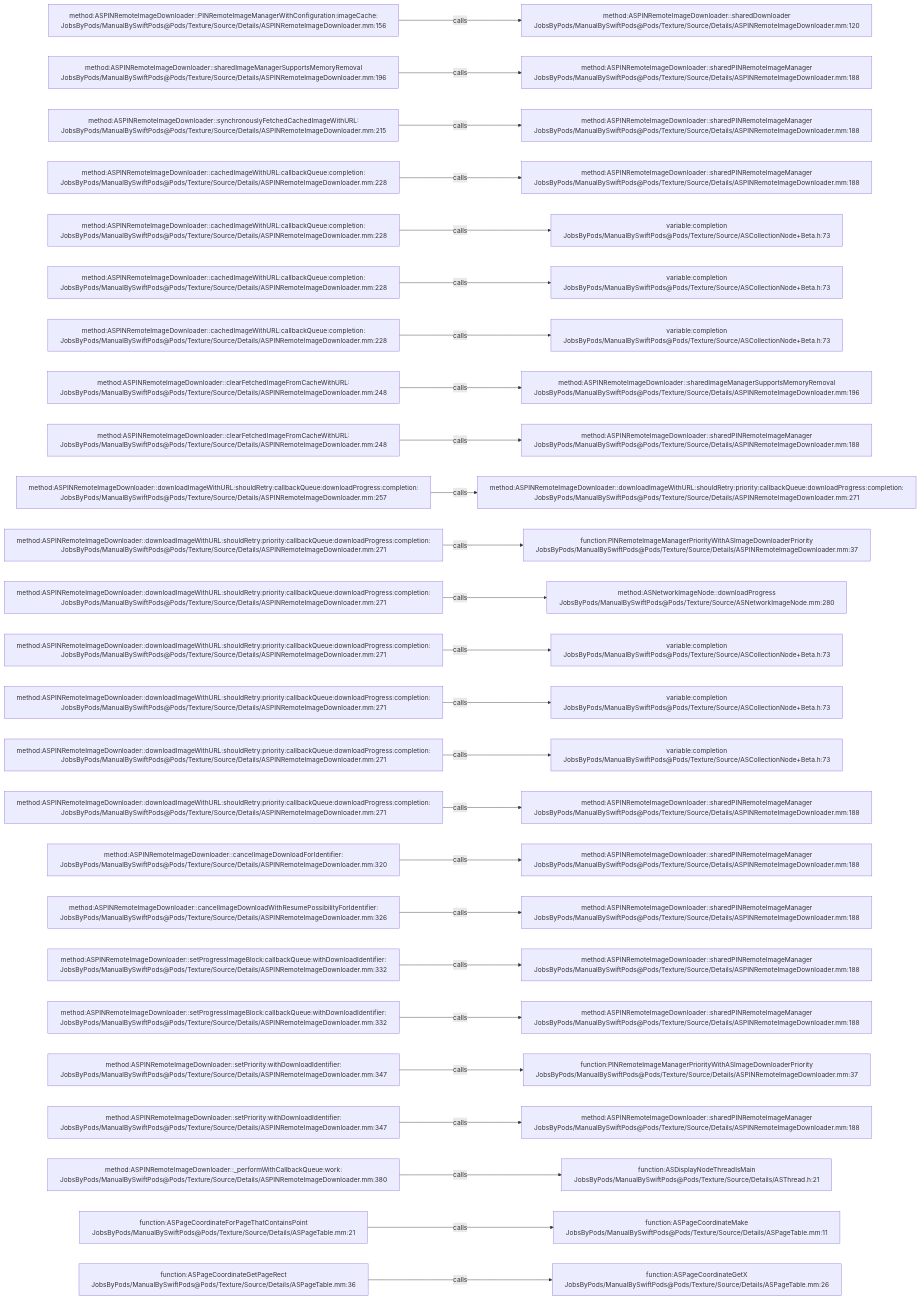
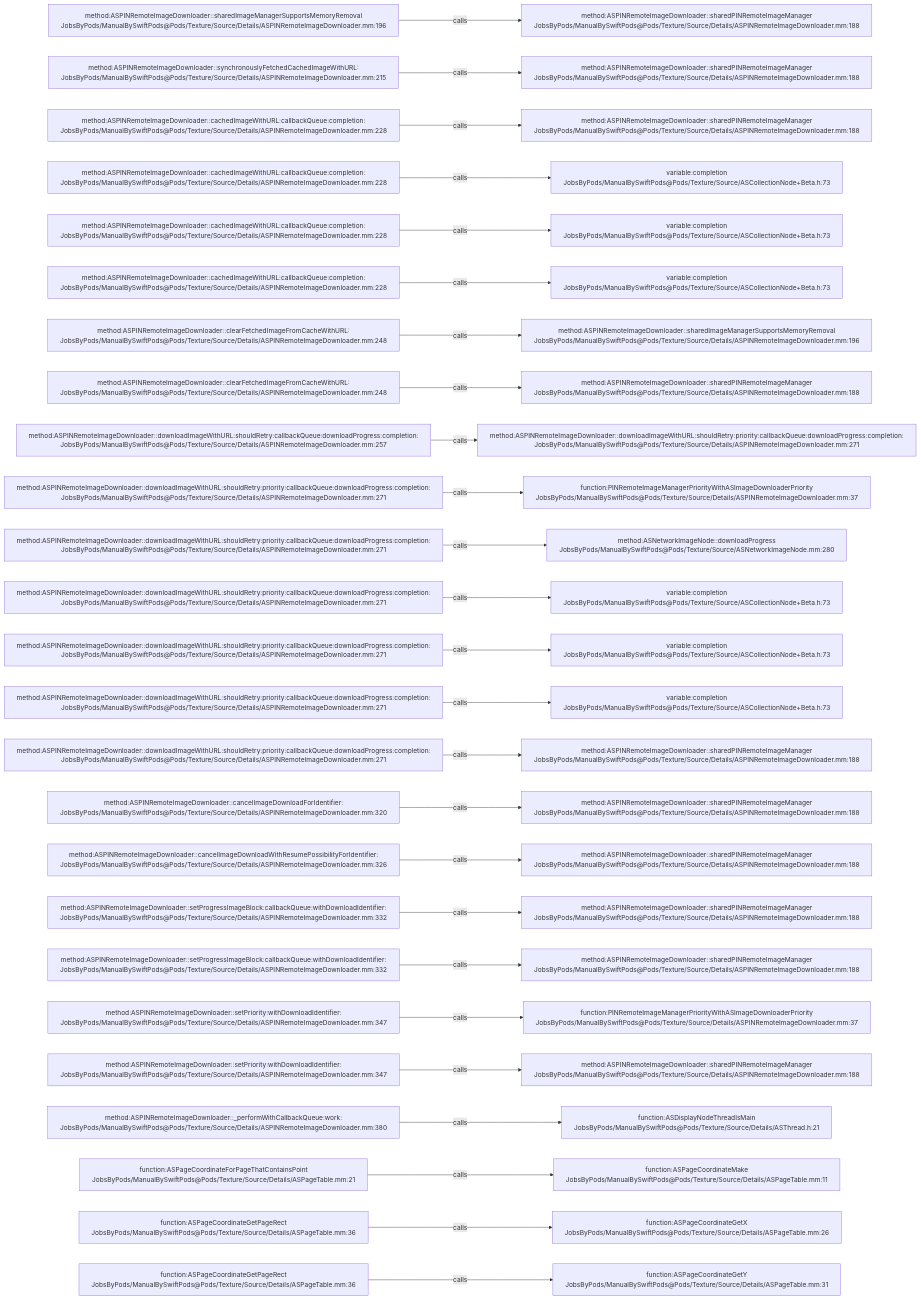
One commit to JobsKits/JobsSwiftBaseConfigDemo changed the diagram in .codegraph/codegraph.md/graphs/calls-092.md. Above: the diagram before and after it, drawn with Mermaid. The commit also changed 747 other files, not shown here.

````diff
--- a/.codegraph/codegraph.md/graphs/calls-092.md
+++ b/.codegraph/codegraph.md/graphs/calls-092.md
@@ -13,78 +13,78 @@
 ```mermaid
 flowchart LR
-  S1["method:ASPINRemoteImageDownloader::PINRemoteImageManagerWithConfiguration:imageCache:<br/>JobsByPods/ManualBySwiftPods@Pods/Texture/Source/Details/ASPINRemoteImageDownloader.mm:156"]
-  T1["method:ASPINRemoteImageDownloader::sharedDownloader<br/>JobsByPods/ManualBySwiftPods@Pods/Texture/Source/Details/ASPINRemoteImageDownloader.mm:120"]
+  S1["method:ASPINRemoteImageDownloader::sharedImageManagerSupportsMemoryRemoval<br/>JobsByPods/ManualBySwiftPods@Pods/Texture/Source/Details/ASPINRemoteImageDownloader.mm:196"]
+  T1["method:ASPINRemoteImageDownloader::sharedPINRemoteImageManager<br/>JobsByPods/ManualBySwiftPods@Pods/Texture/Source/Details/ASPINRemoteImageDownloader.mm:188"]
   S1 -->|calls| T1
-  S2["method:ASPINRemoteImageDownloader::sharedImageManagerSupportsMemoryRemoval<br/>JobsByPods/ManualBySwiftPods@Pods/Texture/Source/Details/ASPINRemoteImageDownloader.mm:196"]
+  S2["method:ASPINRemoteImageDownloader::synchronouslyFetchedCachedImageWithURL:<br/>JobsByPods/ManualBySwiftPods@Pods/Texture/Source/Details/ASPINRemoteImageDownloader.mm:215"]
   T2["method:ASPINRemoteImageDownloader::sharedPINRemoteImageManager<br/>JobsByPods/ManualBySwiftPods@Pods/Texture/Source/Details/ASPINRemoteImageDownloader.mm:188"]
   S2 -->|calls| T2
-  S3["method:ASPINRemoteImageDownloader::synchronouslyFetchedCachedImageWithURL:<br/>JobsByPods/ManualBySwiftPods@Pods/Texture/Source/Details/ASPINRemoteImageDownloader.mm:215"]
+  S3["method:ASPINRemoteImageDownloader::cachedImageWithURL:callbackQueue:completion:<br/>JobsByPods/ManualBySwiftPods@Pods/Texture/Source/Details/ASPINRemoteImageDownloader.mm:228"]
   T3["method:ASPINRemoteImageDownloader::sharedPINRemoteImageManager<br/>JobsByPods/ManualBySwiftPods@Pods/Texture/Source/Details/ASPINRemoteImageDownloader.mm:188"]
   S3 -->|calls| T3
   S4["method:ASPINRemoteImageDownloader::cachedImageWithURL:callbackQueue:completion:<br/>JobsByPods/ManualBySwiftPods@Pods/Texture/Source/Details/ASPINRemoteImageDownloader.mm:228"]
-  T4["method:ASPINRemoteImageDownloader::sharedPINRemoteImageManager<br/>JobsByPods/ManualBySwiftPods@Pods/Texture/Source/Details/ASPINRemoteImageDownloader.mm:188"]
+  T4["variable:completion<br/>JobsByPods/ManualBySwiftPods@Pods/Texture/Source/ASCollectionNode+Beta.h:73"]
   S4 -->|calls| T4
   S5["method:ASPINRemoteImageDownloader::cachedImageWithURL:callbackQueue:completion:<br/>JobsByPods/ManualBySwiftPods@Pods/Texture/Source/Details/ASPINRemoteImageDownloader.mm:228"]
   T5["variable:completion<br/>JobsByPods/ManualBySwiftPods@Pods/Texture/Source/ASCollectionNode+Beta.h:73"]
   S5 -->|calls| T5
   S6["method:ASPINRemoteImageDownloader::cachedImageWithURL:callbackQueue:completion:<br/>JobsByPods/ManualBySwiftPods@Pods/Texture/Source/Details/ASPINRemoteImageDownloader.mm:228"]
   T6["variable:completion<br/>JobsByPods/ManualBySwiftPods@Pods/Texture/Source/ASCollectionNode+Beta.h:73"]
   S6 -->|calls| T6
-  S7["method:ASPINRemoteImageDownloader::cachedImageWithURL:callbackQueue:completion:<br/>JobsByPods/ManualBySwiftPods@Pods/Texture/Source/Details/ASPINRemoteImageDownloader.mm:228"]
-  T7["variable:completion<br/>JobsByPods/ManualBySwiftPods@Pods/Texture/Source/ASCollectionNode+Beta.h:73"]
+  S7["method:ASPINRemoteImageDownloader::clearFetchedImageFromCacheWithURL:<br/>JobsByPods/ManualBySwiftPods@Pods/Texture/Source/Details/ASPINRemoteImageDownloader.mm:248"]
+  T7["method:ASPINRemoteImageDownloader::sharedImageManagerSupportsMemoryRemoval<br/>JobsByPods/ManualBySwiftPods@Pods/Texture/Source/Details/ASPINRemoteImageDownloader.mm:196"]
   S7 -->|calls| T7
   S8["method:ASPINRemoteImageDownloader::clearFetchedImageFromCacheWithURL:<br/>JobsByPods/ManualBySwiftPods@Pods/Texture/Source/Details/ASPINRemoteImageDownloader.mm:248"]
-  T8["method:ASPINRemoteImageDownloader::sharedImageManagerSupportsMemoryRemoval<br/>JobsByPods/ManualBySwiftPods@Pods/Texture/Source/Details/ASPINRemoteImageDownloader.mm:196"]
+  T8["method:ASPINRemoteImageDownloader::sharedPINRemoteImageManager<br/>JobsByPods/ManualBySwiftPods@Pods/Texture/Source/Details/ASPINRemoteImageDownloader.mm:188"]
   S8 -->|calls| T8
-  S9["method:ASPINRemoteImageDownloader::clearFetchedImageFromCacheWithURL:<br/>JobsByPods/ManualBySwiftPods@Pods/Texture/Source/Details/ASPINRemoteImageDownloader.mm:248"]
-  T9["method:ASPINRemoteImageDownloader::sharedPINRemoteImageManager<br/>JobsByPods/ManualBySwiftPods@Pods/Texture/Source/Details/ASPINRemoteImageDownloader.mm:188"]
+  S9["method:ASPINRemoteImageDownloader::downloadImageWithURL:shouldRetry:callbackQueue:downloadProgress:completion:<br/>JobsByPods/ManualBySwiftPods@Pods/Texture/Source/Details/ASPINRemoteImageDownloader.mm:257"]
+  T9["method:ASPINRemoteImageDownloader::downloadImageWithURL:shouldRetry:priority:callbackQueue:downloadProgress:completion:<br/>JobsByPods/ManualBySwiftPods@Pods/Texture/Source/Details/ASPINRemoteImageDownloader.mm:271"]
   S9 -->|calls| T9
-  S10["method:ASPINRemoteImageDownloader::downloadImageWithURL:shouldRetry:callbackQueue:downloadProgress:completion:<br/>JobsByPods/ManualBySwiftPods@Pods/Texture/Source/Details/ASPINRemoteImageDownloader.mm:257"]
-  T10["method:ASPINRemoteImageDownloader::downloadImageWithURL:shouldRetry:priority:callbackQueue:downloadProgress:completion:<br/>JobsByPods/ManualBySwiftPods@Pods/Texture/Source/Details/ASPINRemoteImageDownloader.mm:271"]
+  S10["method:ASPINRemoteImageDownloader::downloadImageWithURL:shouldRetry:priority:callbackQueue:downloadProgress:completion:<br/>JobsByPods/ManualBySwiftPods@Pods/Texture/Source/Details/ASPINRemoteImageDownloader.mm:271"]
+  T10["function:PINRemoteImageManagerPriorityWithASImageDownloaderPriority<br/>JobsByPods/ManualBySwiftPods@Pods/Texture/Source/Details/ASPINRemoteImageDownloader.mm:37"]
   S10 -->|calls| T10
   S11["method:ASPINRemoteImageDownloader::downloadImageWithURL:shouldRetry:priority:callbackQueue:downloadProgress:completion:<br/>JobsByPods/ManualBySwiftPods@Pods/Texture/Source/Details/ASPINRemoteImageDownloader.mm:271"]
-  T11["function:PINRemoteImageManagerPriorityWithASImageDownloaderPriority<br/>JobsByPods/ManualBySwiftPods@Pods/Texture/Source/Details/ASPINRemoteImageDownloader.mm:37"]
+  T11["method:ASNetworkImageNode::downloadProgress<br/>JobsByPods/ManualBySwiftPods@Pods/Texture/Source/ASNetworkImageNode.mm:280"]
   S11 -->|calls| T11
   S12["method:ASPINRemoteImageDownloader::downloadImageWithURL:shouldRetry:priority:callbackQueue:downloadProgress:completion:<br/>JobsByPods/ManualBySwiftPods@Pods/Texture/Source/Details/ASPINRemoteImageDownloader.mm:271"]
-  T12["method:ASNetworkImageNode::downloadProgress<br/>JobsByPods/ManualBySwiftPods@Pods/Texture/Source/ASNetworkImageNode.mm:280"]
+  T12["variable:completion<br/>JobsByPods/ManualBySwiftPods@Pods/Texture/Source/ASCollectionNode+Beta.h:73"]
   S12 -->|calls| T12
   S13["method:ASPINRemoteImageDownloader::downloadImageWithURL:shouldRetry:priority:callbackQueue:downloadProgress:completion:<br/>JobsByPods/ManualBySwiftPods@Pods/Texture/Source/Details/ASPINRemoteImageDownloader.mm:271"]
   T13["variable:completion<br/>JobsByPods/ManualBySwiftPods@Pods/Texture/Source/ASCollectionNode+Beta.h:73"]
   S13 -->|calls| T13
   S14["method:ASPINRemoteImageDownloader::downloadImageWithURL:shouldRetry:priority:callbackQueue:downloadProgress:completion:<br/>JobsByPods/ManualBySwiftPods@Pods/Texture/Source/Details/ASPINRemoteImageDownloader.mm:271"]
   T14["variable:completion<br/>JobsByPods/ManualBySwiftPods@Pods/Texture/Source/ASCollectionNode+Beta.h:73"]
   S14 -->|calls| T14
   S15["method:ASPINRemoteImageDownloader::downloadImageWithURL:shouldRetry:priority:callbackQueue:downloadProgress:completion:<br/>JobsByPods/ManualBySwiftPods@Pods/Texture/Source/Details/ASPINRemoteImageDownloader.mm:271"]
-  T15["variable:completion<br/>JobsByPods/ManualBySwiftPods@Pods/Texture/Source/ASCollectionNode+Beta.h:73"]
+  T15["method:ASPINRemoteImageDownloader::sharedPINRemoteImageManager<br/>JobsByPods/ManualBySwiftPods@Pods/Texture/Source/Details/ASPINRemoteImageDownloader.mm:188"]
   S15 -->|calls| T15
-  S16["method:ASPINRemoteImageDownloader::downloadImageWithURL:shouldRetry:priority:callbackQueue:downloadProgress:completion:<br/>JobsByPods/ManualBySwiftPods@Pods/Texture/Source/Details/ASPINRemoteImageDownloader.mm:271"]
+  S16["method:ASPINRemoteImageDownloader::cancelImageDownloadForIdentifier:<br/>JobsByPods/ManualBySwiftPods@Pods/Texture/Source/Details/ASPINRemoteImageDownloader.mm:320"]
   T16["method:ASPINRemoteImageDownloader::sharedPINRemoteImageManager<br/>JobsByPods/ManualBySwiftPods@Pods/Texture/Source/Details/ASPINRemoteImageDownloader.mm:188"]
   S16 -->|calls| T16
-  S17["method:ASPINRemoteImageDownloader::cancelImageDownloadForIdentifier:<br/>JobsByPods/ManualBySwiftPods@Pods/Texture/Source/Details/ASPINRemoteImageDownloader.mm:320"]
+  S17["method:ASPINRemoteImageDownloader::cancelImageDownloadWithResumePossibilityForIdentifier:<br/>JobsByPods/ManualBySwiftPods@Pods/Texture/Source/Details/ASPINRemoteImageDownloader.mm:326"]
   T17["method:ASPINRemoteImageDownloader::sharedPINRemoteImageManager<br/>JobsByPods/ManualBySwiftPods@Pods/Texture/Source/Details/ASPINRemoteImageDownloader.mm:188"]
   S17 -->|calls| T17
-  S18["method:ASPINRemoteImageDownloader::cancelImageDownloadWithResumePossibilityForIdentifier:<br/>JobsByPods/ManualBySwiftPods@Pods/Texture/Source/Details/ASPINRemoteImageDownloader.mm:326"]
+  S18["method:ASPINRemoteImageDownloader::setProgressImageBlock:callbackQueue:withDownloadIdentifier:<br/>JobsByPods/ManualBySwiftPods@Pods/Texture/Source/Details/ASPINRemoteImageDownloader.mm:332"]
   T18["method:ASPINRemoteImageDownloader::sharedPINRemoteImageManager<br/>JobsByPods/ManualBySwiftPods@Pods/Texture/Source/Details/ASPINRemoteImageDownloader.mm:188"]
   S18 -->|calls| T18
   S19["method:ASPINRemoteImageDownloader::setProgressImageBlock:callbackQueue:withDownloadIdentifier:<br/>JobsByPods/ManualBySwiftPods@Pods/Texture/Source/Details/ASPINRemoteImageDownloader.mm:332"]
   T19["method:ASPINRemoteImageDownloader::sharedPINRemoteImageManager<br/>JobsByPods/ManualBySwiftPods@Pods/Texture/Source/Details/ASPINRemoteImageDownloader.mm:188"]
   S19 -->|calls| T19
-  S20["method:ASPINRemoteImageDownloader::setProgressImageBlock:callbackQueue:withDownloadIdentifier:<br/>JobsByPods/ManualBySwiftPods@Pods/Texture/Source/Details/ASPINRemoteImageDownloader.mm:332"]
-  T20["method:ASPINRemoteImageDownloader::sharedPINRemoteImageManager<br/>JobsByPods/ManualBySwiftPods@Pods/Texture/Source/Details/ASPINRemoteImageDownloader.mm:188"]
+  S20["method:ASPINRemoteImageDownloader::setPriority:withDownloadIdentifier:<br/>JobsByPods/ManualBySwiftPods@Pods/Texture/Source/Details/ASPINRemoteImageDownloader.mm:347"]
+  T20["function:PINRemoteImageManagerPriorityWithASImageDownloaderPriority<br/>JobsByPods/ManualBySwiftPods@Pods/Texture/Source/Details/ASPINRemoteImageDownloader.mm:37"]
   S20 -->|calls| T20
   S21["method:ASPINRemoteImageDownloader::setPriority:withDownloadIdentifier:<br/>JobsByPods/ManualBySwiftPods@Pods/Texture/Source/Details/ASPINRemoteImageDownloader.mm:347"]
-  T21["function:PINRemoteImageManagerPriorityWithASImageDownloaderPriority<br/>JobsByPods/ManualBySwiftPods@Pods/Texture/Source/Details/ASPINRemoteImageDownloader.mm:37"]
+  T21["method:ASPINRemoteImageDownloader::sharedPINRemoteImageManager<br/>JobsByPods/ManualBySwiftPods@Pods/Texture/Source/Details/ASPINRemoteImageDownloader.mm:188"]
   S21 -->|calls| T21
-  S22["method:ASPINRemoteImageDownloader::setPriority:withDownloadIdentifier:<br/>JobsByPods/ManualBySwiftPods@Pods/Texture/Source/Details/ASPINRemoteImageDownloader.mm:347"]
-  T22["method:ASPINRemoteImageDownloader::sharedPINRemoteImageManager<br/>JobsByPods/ManualBySwiftPods@Pods/Texture/Source/Details/ASPINRemoteImageDownloader.mm:188"]
+  S22["method:ASPINRemoteImageDownloader::_performWithCallbackQueue:work:<br/>JobsByPods/ManualBySwiftPods@Pods/Texture/Source/Details/ASPINRemoteImageDownloader.mm:380"]
+  T22["function:ASDisplayNodeThreadIsMain<br/>JobsByPods/ManualBySwiftPods@Pods/Texture/Source/Details/ASThread.h:21"]
   S22 -->|calls| T22
-  S23["method:ASPINRemoteImageDownloader::_performWithCallbackQueue:work:<br/>JobsByPods/ManualBySwiftPods@Pods/Texture/Source/Details/ASPINRemoteImageDownloader.mm:380"]
-  T23["function:ASDisplayNodeThreadIsMain<br/>JobsByPods/ManualBySwiftPods@Pods/Texture/Source/Details/ASThread.h:21"]
+  S23["function:ASPageCoordinateForPageThatContainsPoint<br/>JobsByPods/ManualBySwiftPods@Pods/Texture/Source/Details/ASPageTable.mm:21"]
+  T23["function:ASPageCoordinateMake<br/>JobsByPods/ManualBySwiftPods@Pods/Texture/Source/Details/ASPageTable.mm:11"]
   S23 -->|calls| T23
-  S24["function:ASPageCoordinateForPageThatContainsPoint<br/>JobsByPods/ManualBySwiftPods@Pods/Texture/Source/Details/ASPageTable.mm:21"]
-  T24["function:ASPageCoordinateMake<br/>JobsByPods/ManualBySwiftPods@Pods/Texture/Source/Details/ASPageTable.mm:11"]
+  S24["function:ASPageCoordinateGetPageRect<br/>JobsByPods/ManualBySwiftPods@Pods/Texture/Source/Details/ASPageTable.mm:36"]
+  T24["function:ASPageCoordinateGetX<br/>JobsByPods/ManualBySwiftPods@Pods/Texture/Source/Details/ASPageTable.mm:26"]
   S24 -->|calls| T24
   S25["function:ASPageCoordinateGetPageRect<br/>JobsByPods/ManualBySwiftPods@Pods/Texture/Source/Details/ASPageTable.mm:36"]
-  T25["function:ASPageCoordinateGetX<br/>JobsByPods/ManualBySwiftPods@Pods/Texture/Source/Details/ASPageTable.mm:26"]
+  T25["function:ASPageCoordinateGetY<br/>JobsByPods/ManualBySwiftPods@Pods/Texture/Source/Details/ASPageTable.mm:31"]
   S25 -->|calls| T25
 ```
````
